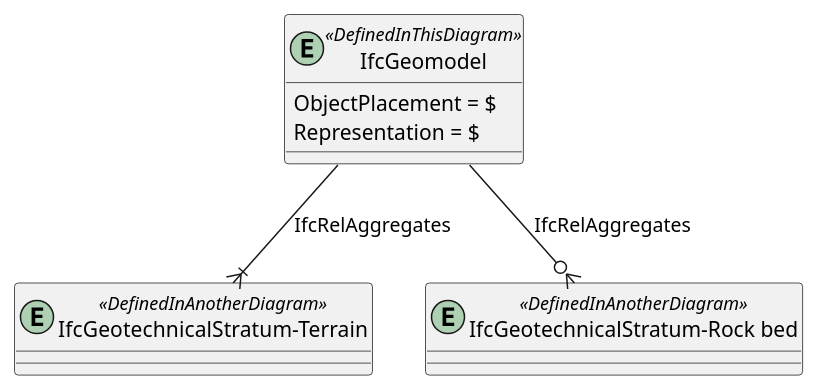
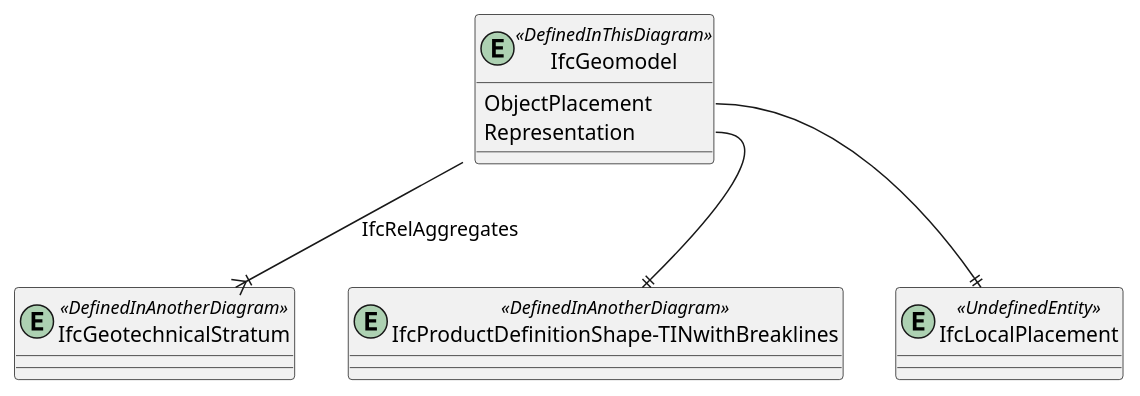
The diagram in diagrams/bsf-IfcGeomodel.pu (buildingSMART-Finland/RYTV-IFCRoute), drawn with PlantUML before and after one commit. The commit also changed 5 other files, not shown here.

```diff
--- a/diagrams/bsf-IfcGeomodel.pu
+++ b/diagrams/bsf-IfcGeomodel.pu
@@ -1,17 +1,21 @@
 @startuml 
 
 entity IfcGeomodel <<DefinedInThisDiagram>>
 {
-  ObjectPlacement = $
-  Representation = $
+  ObjectPlacement
+  Representation
 }
 
-entity "IfcGeotechnicalStratum-Terrain" <<DefinedInAnotherDiagram>>
 
-entity "IfcGeotechnicalStratum-Rock bed" <<DefinedInAnotherDiagram>>
+entity IfcLocalPlacement <<UndefinedEntity>>
+"IfcGeomodel::ObjectPlacement" --|| IfcLocalPlacement
 
-IfcGeomodel --|{"IfcGeotechnicalStratum-Terrain" : IfcRelAggregates
-IfcGeomodel --o{"IfcGeotechnicalStratum-Rock bed" : IfcRelAggregates
+entity "IfcProductDefinitionShape-TINwithBreaklines" <<DefinedInAnotherDiagram>>
+"IfcGeomodel::Representation" --|| "IfcProductDefinitionShape-TINwithBreaklines"
+
+entity IfcGeotechnicalStratum <<DefinedInAnotherDiagram>>
+
+IfcGeomodel --|{IfcGeotechnicalStratum : IfcRelAggregates
 
 
 @enduml
```
